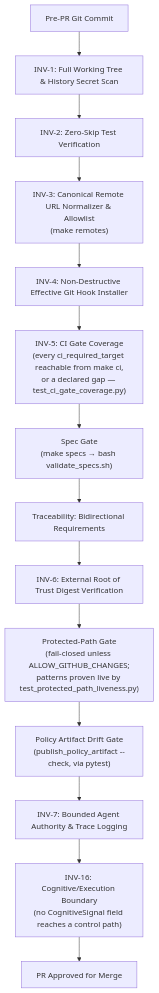
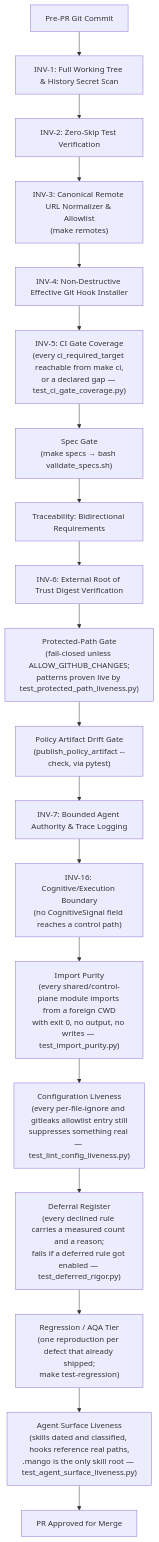
One commit to ianshank/Mango_Code_Agent-Harness changed the fourth of 5 diagrams in harness/docs/C4_ARCHITECTURE.md. Above: the diagram before and after it, drawn with Mermaid. The commit also changed other lines of this file and 24 other files, not shown here.

First line of the commit message:
Make the agent control surface and its documentation verifiable

````diff
--- a/harness/docs/C4_ARCHITECTURE.md
+++ b/harness/docs/C4_ARCHITECTURE.md
@@ -144,16 +151,21 @@
 ```mermaid
 flowchart TD
     Commit[Pre-PR Git Commit] --> Secrets[INV-1: Full Working Tree & History Secret Scan]
     Secrets --> ZeroSkip[INV-2: Zero-Skip Test Verification]
     ZeroSkip --> Remotes["INV-3: Canonical Remote URL Normalizer & Allowlist<br/>(make remotes)"]
     Remotes --> Hooks[INV-4: Non-Destructive Effective Git Hook Installer]
     Hooks --> GateCov["INV-5: CI Gate Coverage<br/>(every ci_required_target reachable from make ci,<br/>or a declared gap — test_ci_gate_coverage.py)"]
     GateCov --> SpecGate["Spec Gate<br/>(make specs → bash validate_specs.sh)"]
     SpecGate --> SpecTrace[Traceability: Bidirectional Requirements]
     SpecTrace --> Policy[INV-6: External Root of Trust Digest Verification]
     Policy --> Protected["Protected-Path Gate<br/>(fail-closed unless ALLOW_GITHUB_CHANGES;<br/>patterns proven live by test_protected_path_liveness.py)"]
     Protected --> ArtifactDrift["Policy Artifact Drift Gate<br/>(publish_policy_artifact --check, via pytest)"]
     ArtifactDrift --> Delegation[INV-7: Bounded Agent Authority & Trace Logging]
     Delegation --> Boundary["INV-16: Cognitive/Execution Boundary<br/>(no CognitiveSignal field reaches a control path)"]
-    Boundary --> Pass[PR Approved for Merge]
+    Boundary --> Purity["Import Purity<br/>(every shared/control-plane module imports from a foreign CWD<br/>with exit 0, no output, no writes — test_import_purity.py)"]
+    Purity --> ConfigLive["Configuration Liveness<br/>(every per-file-ignore and gitleaks allowlist entry still<br/>suppresses something real — test_lint_config_liveness.py)"]
+    ConfigLive --> Deferrals["Deferral Register<br/>(every declined rule carries a measured count and a reason;<br/>fails if a deferred rule got enabled — test_deferred_rigor.py)"]
+    Deferrals --> Regression["Regression / AQA Tier<br/>(one reproduction per defect that already shipped;<br/>make test-regression)"]
+    Regression --> Surface["Agent Surface Liveness<br/>(skills dated and classified, hooks reference real paths,<br/>.mango is the only skill root — test_agent_surface_liveness.py)"]
+    Surface --> Pass[PR Approved for Merge]
 ```
````
